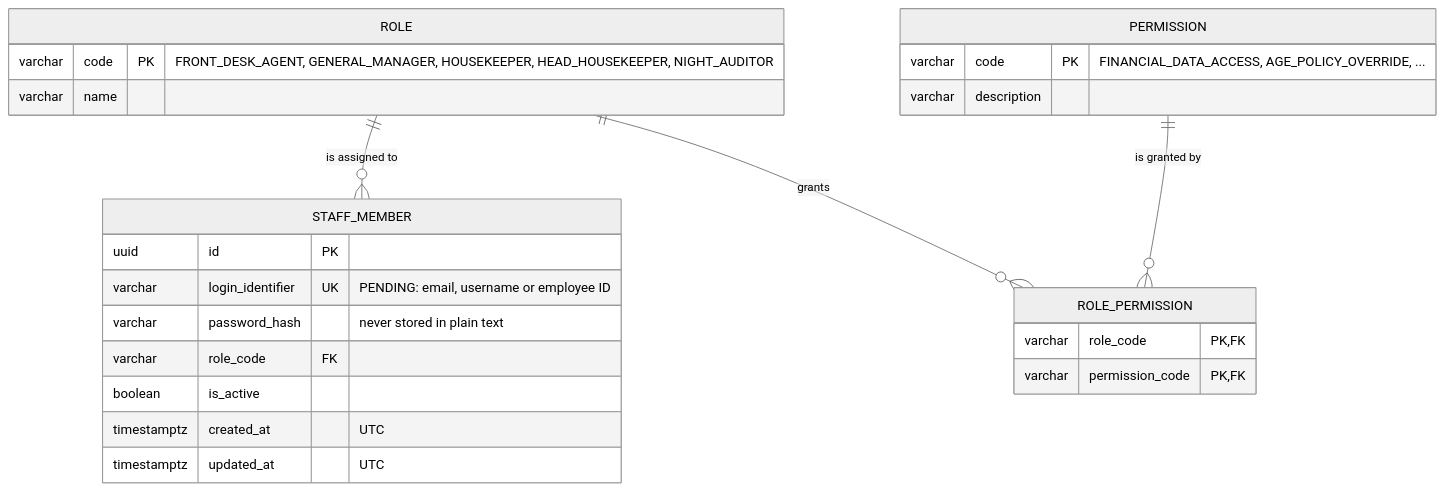
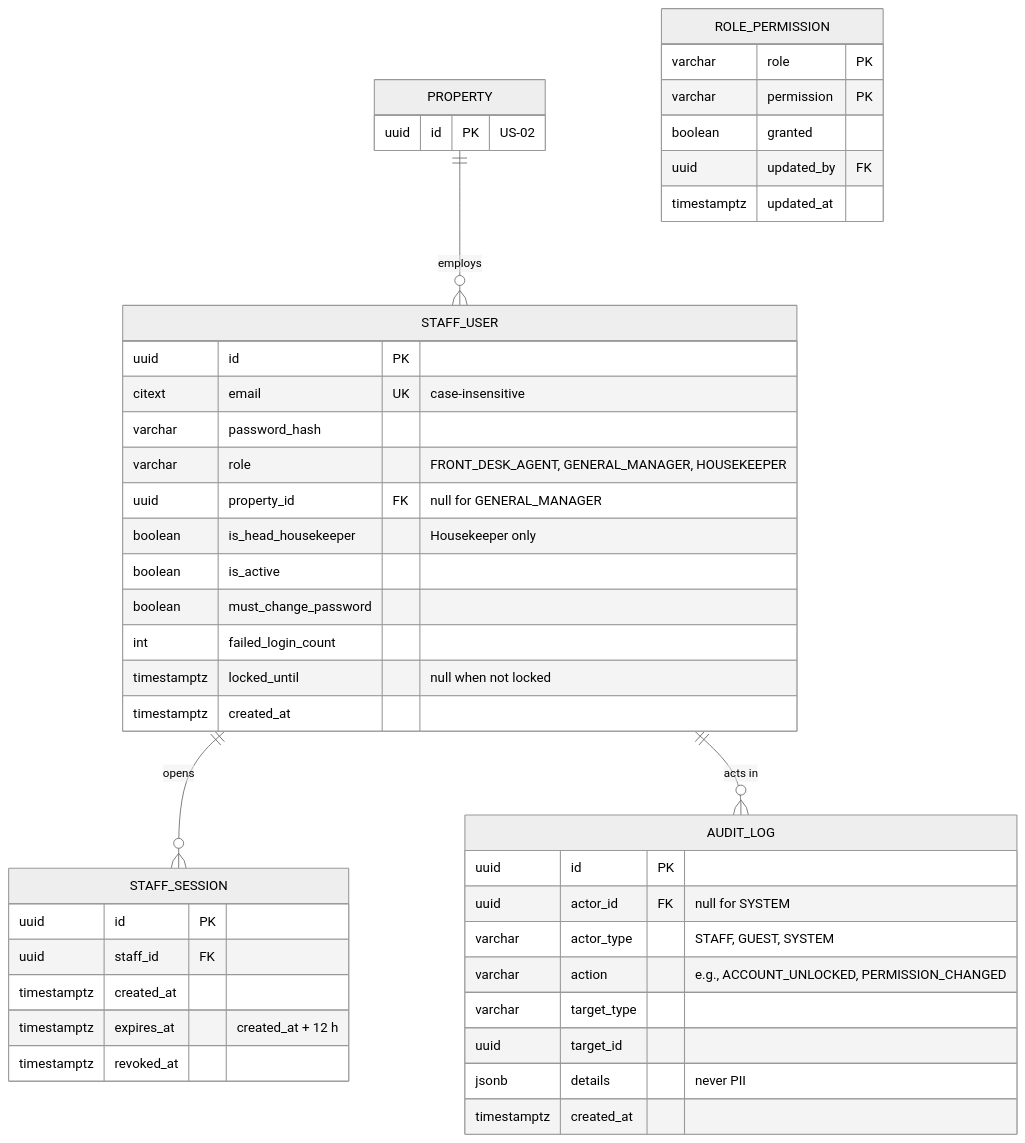
The second of 5 diagrams in docs/Initial Requirements/Diagrams/US-01 - Staff Authentication and RBAC.md (BraceroInSabot/Motel-Starmie), drawn with Mermaid (neutral theme) before and after one commit. The commit also changed other lines of this file and 51 other files, not shown here.

````diff
--- a/docs/Initial Requirements/Diagrams/US-01 - Staff Authentication and RBAC.md
+++ b/docs/Initial Requirements/Diagrams/US-01 - Staff Authentication and RBAC.md
@@ -205,28 +236,47 @@
 ```mermaid
 erDiagram
-    ROLE ||--o{ STAFF_MEMBER : "is assigned to"
-    ROLE ||--o{ ROLE_PERMISSION : grants
-    PERMISSION ||--o{ ROLE_PERMISSION : "is granted by"
+    PROPERTY ||--o{ STAFF_USER : "employs"
+    STAFF_USER ||--o{ STAFF_SESSION : "opens"
+    STAFF_USER ||--o{ AUDIT_LOG : "acts in"
 
-    STAFF_MEMBER {
+    STAFF_USER {
         uuid id PK
-        varchar login_identifier UK "PENDING: email, username or employee ID"
-        varchar password_hash "never stored in plain text"
-        varchar role_code FK
+        citext email UK "case-insensitive"
+        varchar password_hash
+        varchar role "FRONT_DESK_AGENT, GENERAL_MANAGER, HOUSEKEEPER"
+        uuid property_id FK "null for GENERAL_MANAGER"
+        boolean is_head_housekeeper "Housekeeper only"
         boolean is_active
-        timestamptz created_at "UTC"
-        timestamptz updated_at "UTC"
+        boolean must_change_password
+        int failed_login_count
+        timestamptz locked_until "null when not locked"
+        timestamptz created_at
     }
-    ROLE {
-        varchar code PK "FRONT_DESK_AGENT, GENERAL_MANAGER, HOUSEKEEPER, HEAD_HOUSEKEEPER, NIGHT_AUDITOR"
-        varchar name
-    }
-    PERMISSION {
-        varchar code PK "FINANCIAL_DATA_ACCESS, AGE_POLICY_OVERRIDE, ..."
-        varchar description
+    STAFF_SESSION {
+        uuid id PK
+        uuid staff_id FK
+        timestamptz created_at
+        timestamptz expires_at "created_at + 12 h"
+        timestamptz revoked_at
     }
     ROLE_PERMISSION {
-        varchar role_code PK, FK
-        varchar permission_code PK, FK
+        varchar role PK
+        varchar permission PK
+        boolean granted
+        uuid updated_by FK
+        timestamptz updated_at
+    }
+    AUDIT_LOG {
+        uuid id PK
+        uuid actor_id FK "null for SYSTEM"
+        varchar actor_type "STAFF, GUEST, SYSTEM"
+        varchar action "e.g., ACCOUNT_UNLOCKED, PERMISSION_CHANGED"
+        varchar target_type
+        uuid target_id
+        jsonb details "never PII"
+        timestamptz created_at
+    }
+    PROPERTY {
+        uuid id PK "US-02"
     }
 ```
````
